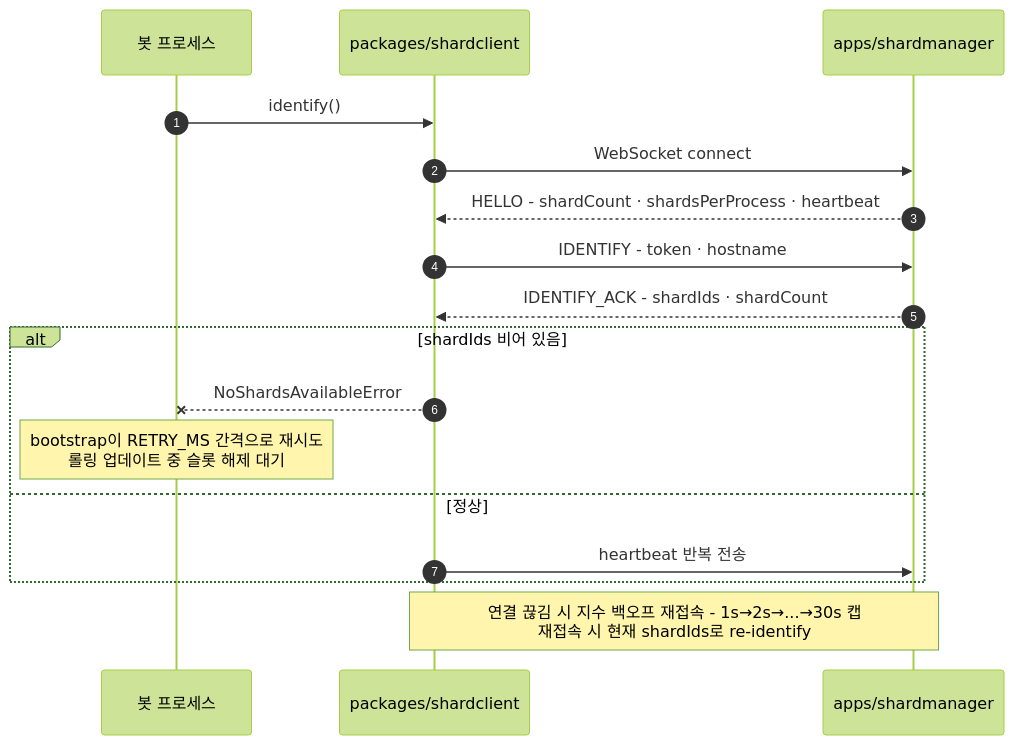
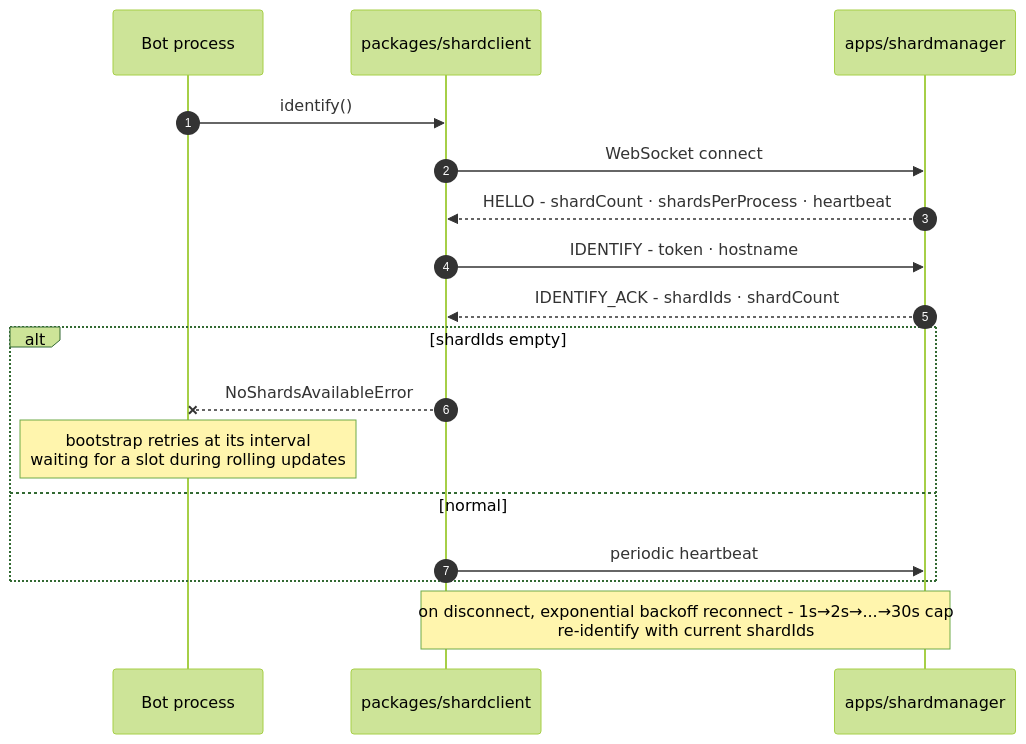
One commit to mochilabs/SiruBOT changed the fifth of 10 diagrams in docs/architecture.md. Above: the diagram before and after it, drawn with Mermaid (forest theme). The commit also changed other lines of this file and 63 other files, not shown here.

````diff
--- a/docs/architecture.md
+++ b/docs/architecture.md
@@ -276,20 +294,20 @@
 ```mermaid
 sequenceDiagram
     autonumber
-    participant P as 봇 프로세스
+    participant P as Bot process
     participant SC as packages/shardclient
     participant SM as apps/shardmanager
 
     P->>SC: identify()
     SC->>SM: WebSocket connect
     SM-->>SC: HELLO - shardCount · shardsPerProcess · heartbeat
     SC->>SM: IDENTIFY - token · hostname
     SM-->>SC: IDENTIFY_ACK - shardIds · shardCount
-    alt shardIds 비어 있음
+    alt shardIds empty
         SC--xP: NoShardsAvailableError
-        Note over P: bootstrap이 RETRY_MS 간격으로 재시도<br/>롤링 업데이트 중 슬롯 해제 대기
-    else 정상
-        SC->>SM: heartbeat 반복 전송
+        Note over P: bootstrap retries at its interval<br/>waiting for a slot during rolling updates
+    else normal
+        SC->>SM: periodic heartbeat
     end
-    Note over SC,SM: 연결 끊김 시 지수 백오프 재접속 - 1s→2s→...→30s 캡<br/>재접속 시 현재 shardIds로 re-identify
+    Note over SC,SM: on disconnect, exponential backoff reconnect - 1s→2s→...→30s cap<br/>re-identify with current shardIds
 ```
````
